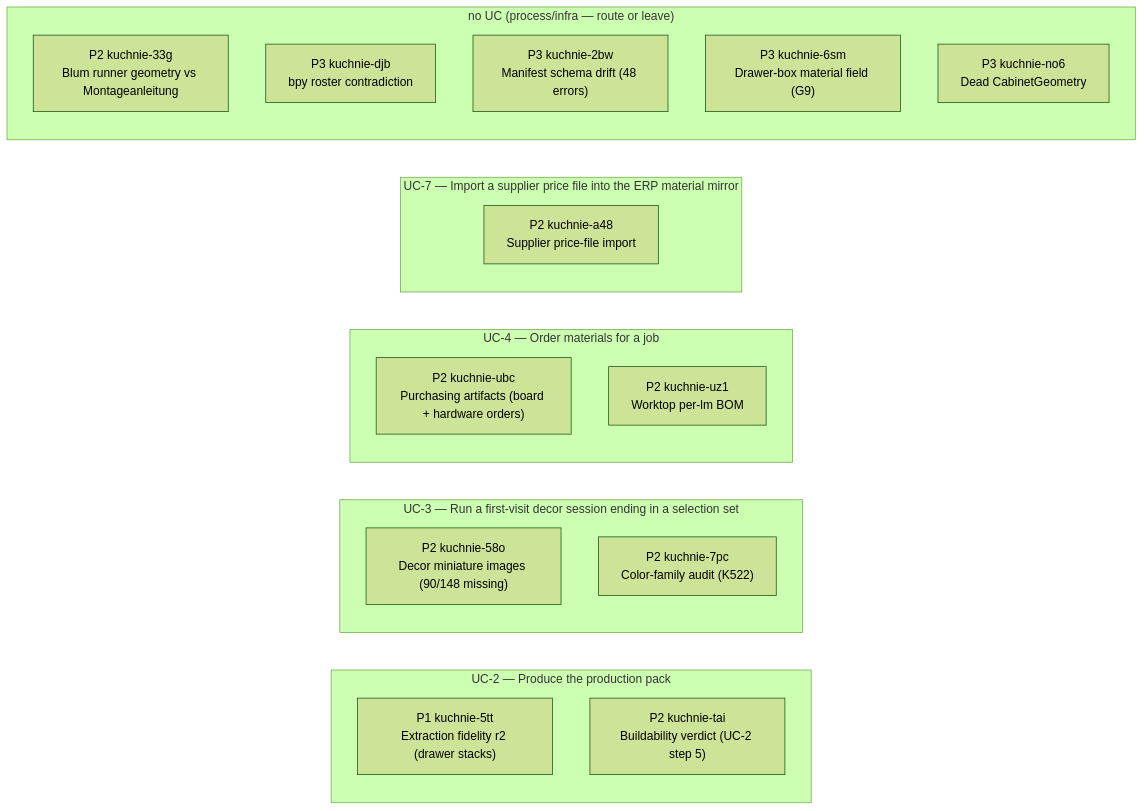
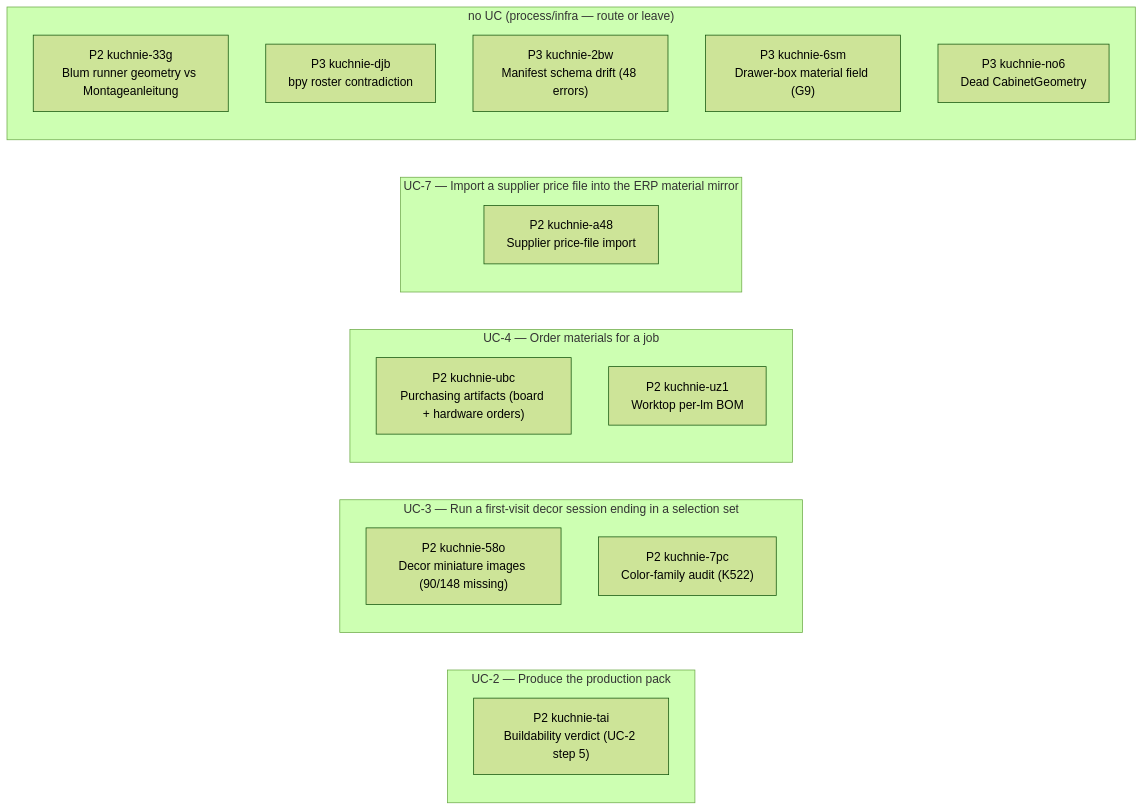
Before and after one commit to m1981/kuchnie: the second of 2 diagrams in STATUS.md, drawn with Mermaid (forest theme). The commit also changed other lines of this file and 2 other files, not shown here.

Commit message:
truth: extraction r2 review closed (tr-ef90fea5 verified, kuchnie-5tt closed, r3 residual wk-cd815fba filed); STATUS regenerated

````diff
--- a/STATUS.md
+++ b/STATUS.md
@@ -75,25 +74,24 @@
 ```mermaid
 flowchart LR
     subgraph gUC_2 ["UC-2 — Produce the production pack"]
-        u_kuchnie_5tt["P1 kuchnie-5tt<br/>Extraction fidelity r2 (drawer stacks)"]
         u_kuchnie_tai["P2 kuchnie-tai<br/>Buildability verdict (UC-2 step 5)"]
     end
     subgraph gUC_3 ["UC-3 — Run a first-visit decor session ending in a selection set"]
         u_kuchnie_58o["P2 kuchnie-58o<br/>Decor miniature images (90/148 missing)"]
         u_kuchnie_7pc["P2 kuchnie-7pc<br/>Color-family audit (K522)"]
     end
     subgraph gUC_4 ["UC-4 — Order materials for a job"]
         u_kuchnie_ubc["P2 kuchnie-ubc<br/>Purchasing artifacts (board + hardware orders)"]
         u_kuchnie_uz1["P2 kuchnie-uz1<br/>Worktop per-lm BOM"]
     end
     subgraph gUC_7 ["UC-7 — Import a supplier price file into the ERP material mirror"]
         u_kuchnie_a48["P2 kuchnie-a48<br/>Supplier price-file import"]
     end
     subgraph g_none ["no UC (process/infra — route or leave)"]
         u_kuchnie_33g["P2 kuchnie-33g<br/>Blum runner geometry vs Montageanleitung"]
         u_kuchnie_djb["P3 kuchnie-djb<br/>bpy roster contradiction"]
         u_kuchnie_2bw["P3 kuchnie-2bw<br/>Manifest schema drift (48 errors)"]
         u_kuchnie_6sm["P3 kuchnie-6sm<br/>Drawer-box material field (G9)"]
         u_kuchnie_no6["P3 kuchnie-no6<br/>Dead CabinetGeometry"]
     end
 ```
````
